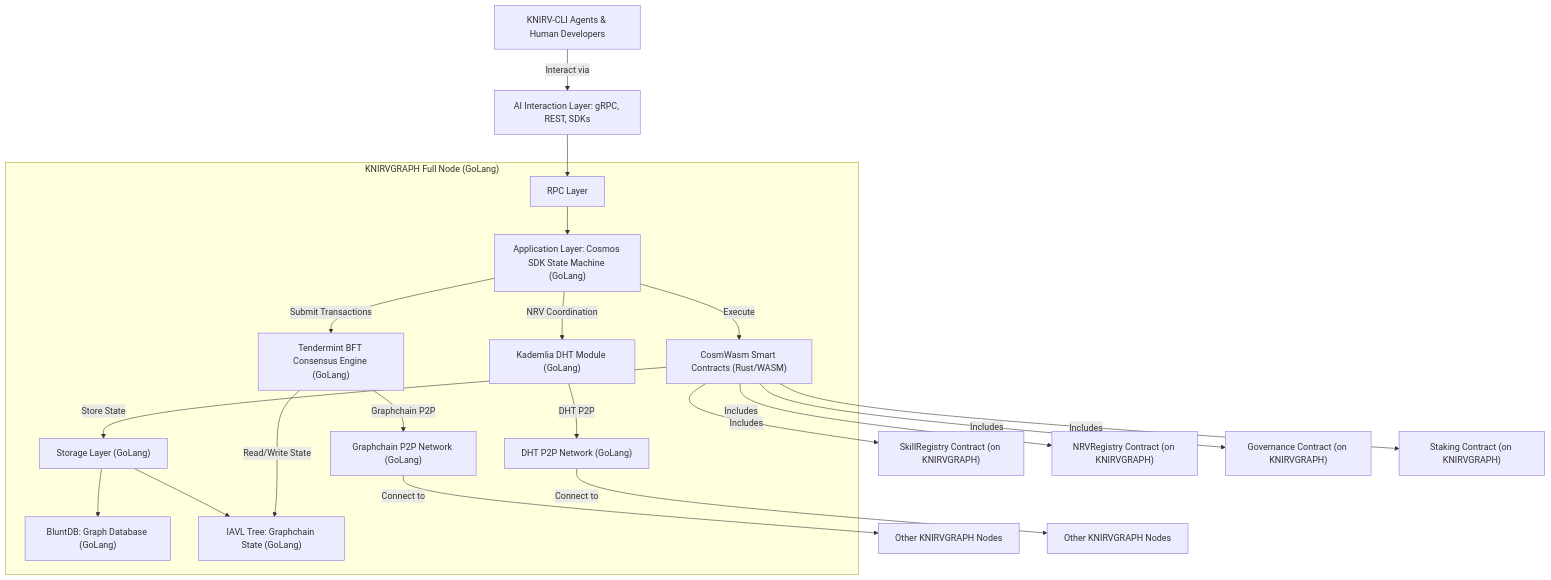
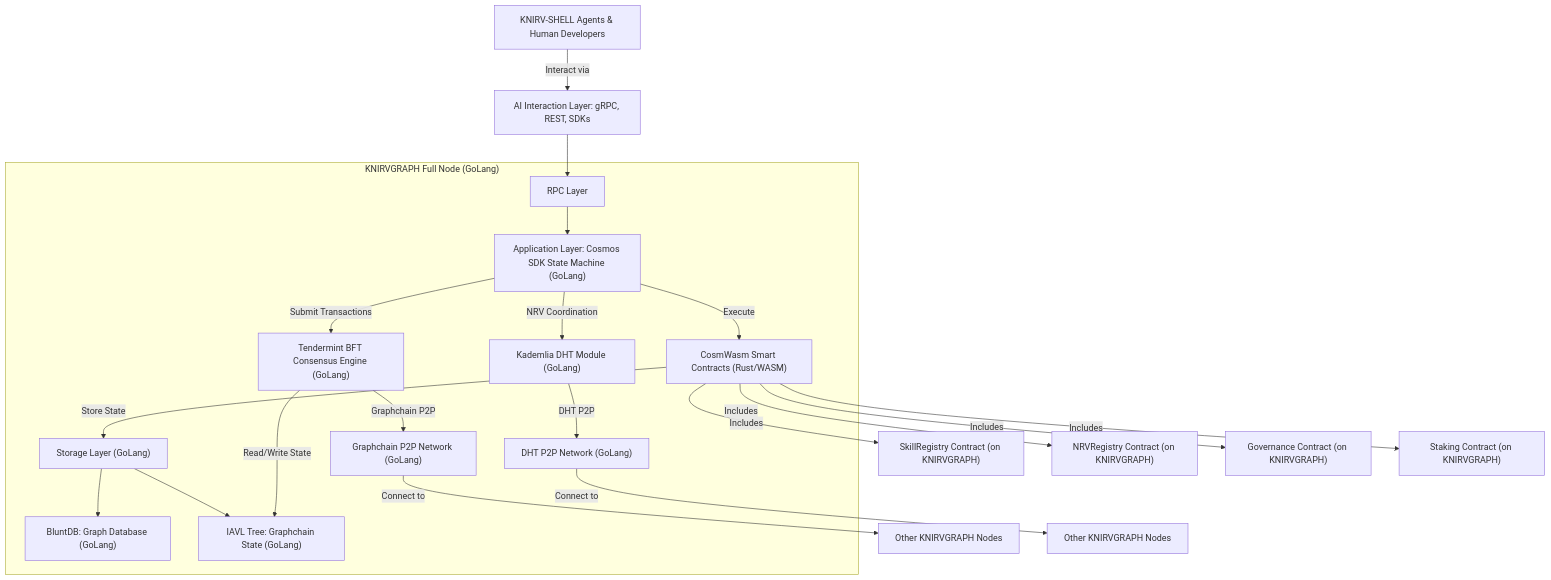
The eighth of 9 diagrams in KNIRVGATEWAY/network-website/public/documentation/docsify/whitepapers/KNIRV-GRAPH_Whitepaper.md (guiperry/KNIRV_NETWORK), drawn with Mermaid before and after one commit. The commit also changed other lines of this file and 11499 other files, not shown here.

````diff
--- a/KNIRVGATEWAY/network-website/public/documentation/docsify/whitepapers/KNIRV-GRAPH_Whitepaper.md
+++ b/KNIRVGATEWAY/network-website/public/documentation/docsify/whitepapers/KNIRV-GRAPH_Whitepaper.md
@@ -553,38 +553,38 @@
 ```mermaid
 graph TD
     %% External Users
-    Users[KNIRV-CLI Agents & Human Developers] -- Interact via --> API[AI Interaction Layer: gRPC, REST, SDKs]
+    Users[KNIRV-SHELL Agents & Human Developers] -- Interact via --> API[AI Interaction Layer: gRPC, REST, SDKs]
     API --> RPC[RPC Layer]
     
     subgraph KNIRVGRAPH_NODE["KNIRVGRAPH Full Node (GoLang)"]
         %% Application Layer (GoLang)
         RPC --> AppLayer["Application Layer: Cosmos SDK State Machine (GoLang)"]
         AppLayer -- Execute --> Contracts["CosmWasm Smart Contracts (Rust/WASM)"]
         Contracts -- Store State --> Storage["Storage Layer (GoLang)"]
         
         %% Storage Components (GoLang)
         Storage --> BluntDB["BluntDB: Graph Database (GoLang)"]
         Storage --> IAVL["IAVL Tree: Graphchain State (GoLang)"]
         
         %% Consensus Layer (GoLang)
         AppLayer -- Submit Transactions --> Tendermint["Tendermint BFT Consensus Engine (GoLang)"]
         Tendermint -- Read/Write State --> IAVL
         
         %% DHT Layer (GoLang)
         AppLayer -- NRV Coordination --> Kademlia["Kademlia DHT Module (GoLang)"]
         
         %% Network Layers (GoLang)
         Tendermint -- Graphchain P2P --> KGBCNetwork["Graphchain P2P Network (GoLang)"]
         Kademlia -- DHT P2P --> DHTNetwork["DHT P2P Network (GoLang)"]
     end
     
     %% External Node Connections
     KGBCNetwork -- Connect to --> OtherKGNodes[Other KNIRVGRAPH Nodes]
     DHTNetwork -- Connect to --> OtherDHTNodes[Other KNIRVGRAPH Nodes]
     
     %% Smart Contract Types (CosmWasm)
     Contracts -- Includes --> SkillRegistry["SkillRegistry Contract (on KNIRVGRAPH)"]
     Contracts -- Includes --> NRVRegistry["NRVRegistry Contract (on KNIRVGRAPH)"]
     Contracts -- Includes --> Governance["Governance Contract (on KNIRVGRAPH)"]
     Contracts -- Includes --> Staking["Staking Contract (on KNIRVGRAPH)"]
 ```
````
